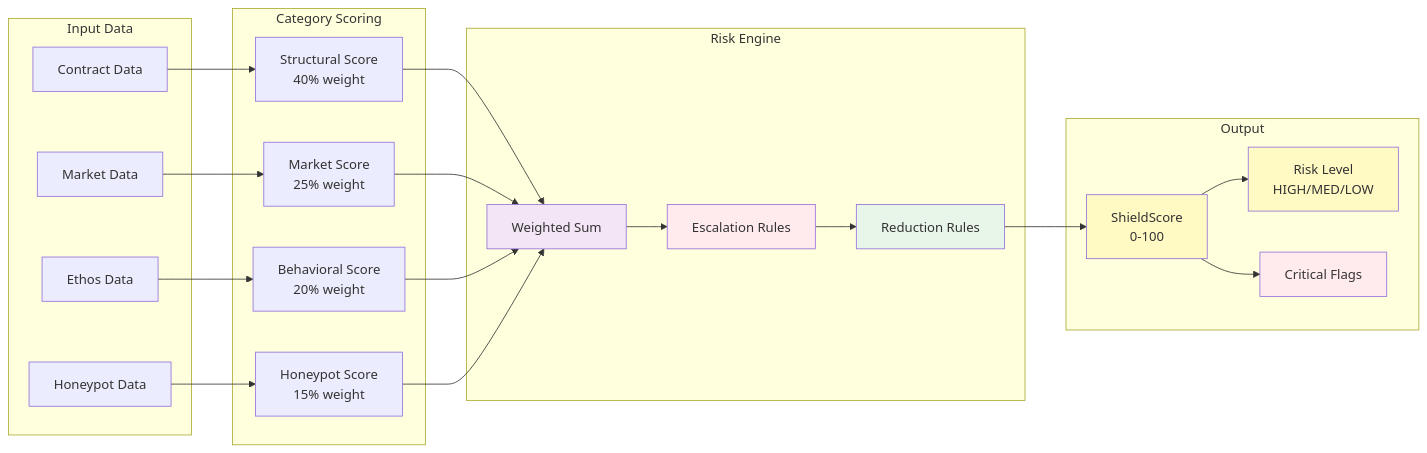
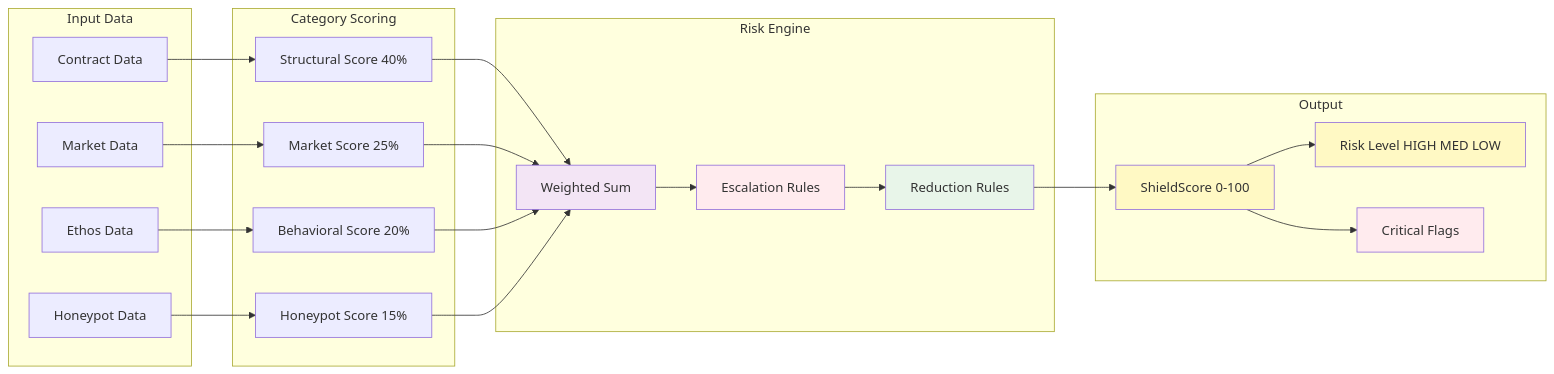
One commit to Ridwannurudeen/shieldbot changed the third of 6 diagrams in docs/ARCHITECTURE_DIAGRAM.md. Above: the diagram before and after it, drawn with Mermaid. The commit also changed other lines of this file, not shown here.

Commit message:
Fix Mermaid diagram rendering errors

````diff
--- a/docs/ARCHITECTURE_DIAGRAM.md
+++ b/docs/ARCHITECTURE_DIAGRAM.md
@@ -148,51 +148,51 @@
 ```mermaid
 graph LR
     subgraph "Input Data"
         A1[Contract Data]
         A2[Honeypot Data]
         A3[Market Data]
         A4[Ethos Data]
     end
 
     subgraph "Category Scoring"
-        B1[Structural Score<br/>40% weight]
-        B2[Market Score<br/>25% weight]
-        B3[Behavioral Score<br/>20% weight]
-        B4[Honeypot Score<br/>15% weight]
+        B1[Structural Score 40%]
+        B2[Market Score 25%]
+        B3[Behavioral Score 20%]
+        B4[Honeypot Score 15%]
     end
 
     subgraph "Risk Engine"
         C[Weighted Sum]
         D[Escalation Rules]
         E[Reduction Rules]
     end
 
     subgraph "Output"
-        F[ShieldScore<br/>0-100]
-        G[Risk Level<br/>HIGH/MED/LOW]
+        F[ShieldScore 0-100]
+        G[Risk Level HIGH MED LOW]
         H[Critical Flags]
     end
 
     A1 --> B1
     A3 --> B2
     A4 --> B3
     A2 --> B4
 
     B1 --> C
     B2 --> C
     B3 --> C
     B4 --> C
 
     C --> D
     D --> E
     E --> F
     F --> G
     F --> H
 
     style C fill:#f3e5f5
     style D fill:#ffebee
     style E fill:#e8f5e9
     style F fill:#fff9c4
     style G fill:#fff9c4
     style H fill:#ffebee
 ```
````
